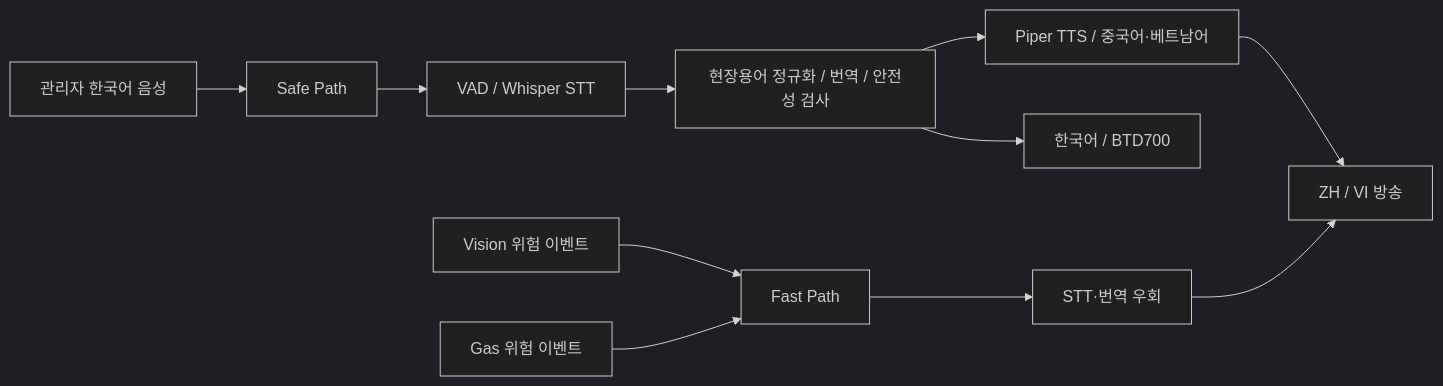
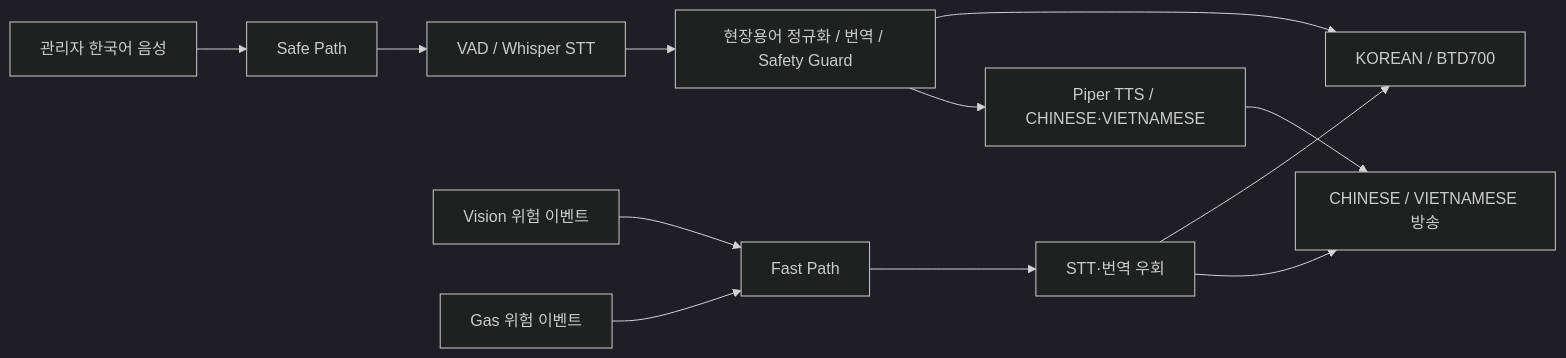
Before and after one commit to kyb110811/2026ESWContest_free_SAYFE: the first of 2 diagrams in README.md, drawn with Mermaid (dark theme). The commit also changed other lines of this file, not shown here.

````diff
--- a/README.md
+++ b/README.md
@@ -40,13 +64,17 @@
 ```mermaid
 flowchart LR
     ADMIN[관리자 한국어 음성] --> SAFE[Safe Path]
     SAFE --> VAD[VAD / Whisper STT]
-    VAD --> TRAN[현장용어 정규화 / 번역 / 안전성 검사]
+    VAD --> TRAN[현장용어 정규화 / 번역 / Safety Guard]
+
     VISION[Vision 위험 이벤트] --> FAST[Fast Path]
     GAS[Gas 위험 이벤트] --> FAST
     FAST --> BYPASS[STT·번역 우회]
-    TRAN --> KOOUT[한국어 / BTD700]
-    TRAN --> PIPER[Piper TTS / 중국어·베트남어]
-    PIPER --> OUT[ZH / VI 방송]
+
+    TRAN --> KOOUT[KOREAN / BTD700]
+    TRAN --> PIPER[Piper TTS / CHINESE·VIETNAMESE]
+
+    PIPER --> OUT[CHINESE / VIETNAMESE 방송]
+    BYPASS --> KOOUT
     BYPASS --> OUT
 ```
````
